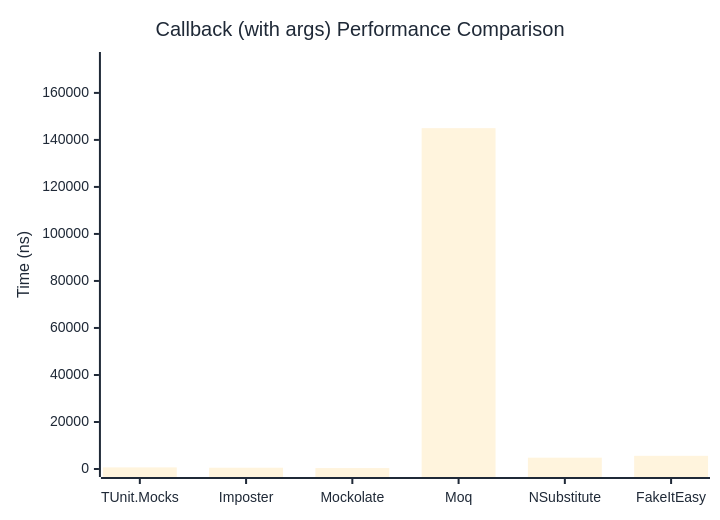
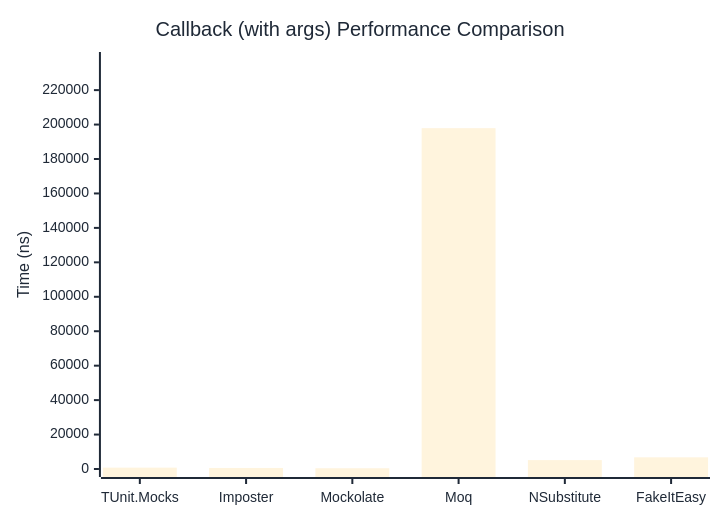
One commit to thomhurst/TUnit changed the second of 2 diagrams in docs/docs/benchmarks/mocks/Callback.md. Above: the diagram before and after it, drawn with Mermaid. The commit also changed other lines of this file and 14 other files, not shown here.

````diff
--- a/docs/docs/benchmarks/mocks/Callback.md
+++ b/docs/docs/benchmarks/mocks/Callback.md
@@ -69,27 +69,27 @@
 ```mermaid
 %%{init: {
   'theme':'base',
   'themeVariables': {
     'primaryColor': '#2563eb',
     'primaryTextColor': '#1f2937',
     'primaryBorderColor': '#1e40af',
     'lineColor': '#6b7280',
     'secondaryColor': '#7c3aed',
     'tertiaryColor': '#dc2626',
     'background': '#ffffff',
     'pie1': '#2563eb',
     'pie2': '#7c3aed',
     'pie3': '#dc2626',
     'pie4': '#f59e0b',
     'pie5': '#10b981',
     'pie6': '#06b6d4',
     'pie7': '#ec4899',
     'pie8': '#6366f1'
   }
 }}%%
 xychart-beta
   title "Callback (with args) Performance Comparison"
   x-axis ["TUnit.Mocks", "Imposter", "Mockolate", "Moq", "NSubstitute", "FakeItEasy"]
-  y-axis "Time (ns)" 0 --> 173997
-  bar [687.5, 537.4, 390.8, 144997.3, 4818.4, 5612]
+  y-axis "Time (ns)" 0 --> 237489
+  bar [782.9, 606.7, 439.7, 197906.9, 5165.2, 6777.5]
 ```
````
